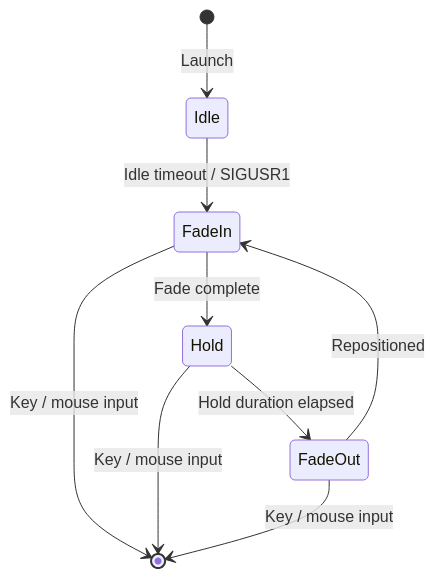
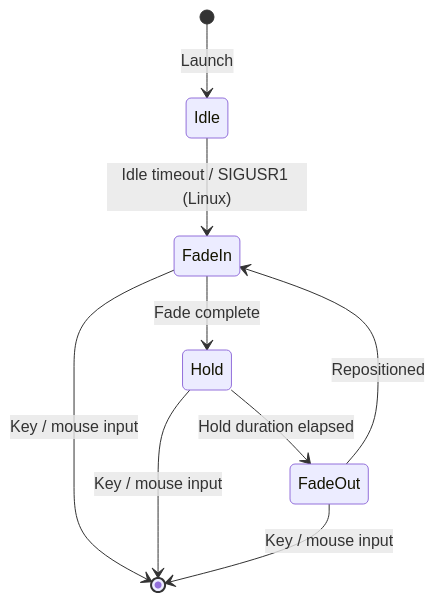
The diagram in README.md (laveez/olsvr), drawn with Mermaid before and after one commit. The commit also changed other lines of this file and 4 other files, not shown here.

````diff
--- a/README.md
+++ b/README.md
@@ -172,11 +174,11 @@
 ```mermaid
 stateDiagram-v2
     [*] --> Idle: Launch
-    Idle --> FadeIn: Idle timeout / SIGUSR1
+    Idle --> FadeIn: Idle timeout / SIGUSR1 (Linux)
     FadeIn --> Hold: Fade complete
     Hold --> FadeOut: Hold duration elapsed
     FadeOut --> FadeIn: Repositioned
     FadeIn --> [*]: Key / mouse input
     Hold --> [*]: Key / mouse input
     FadeOut --> [*]: Key / mouse input
 ```
````
